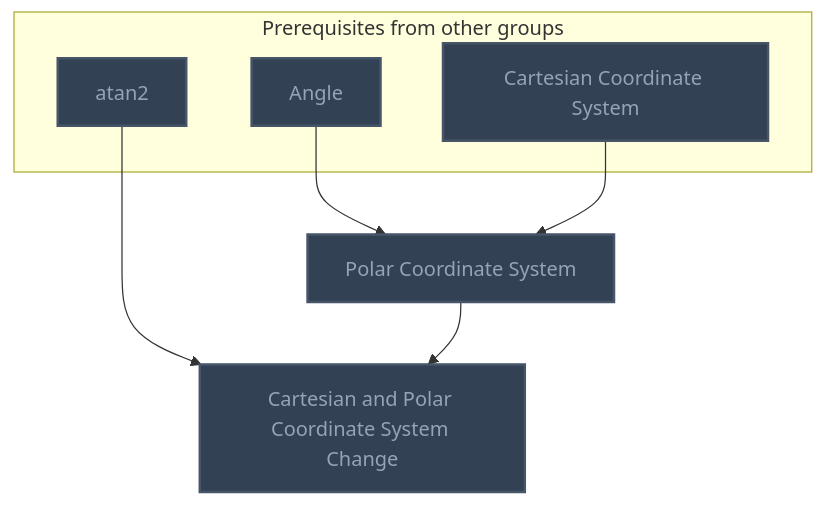
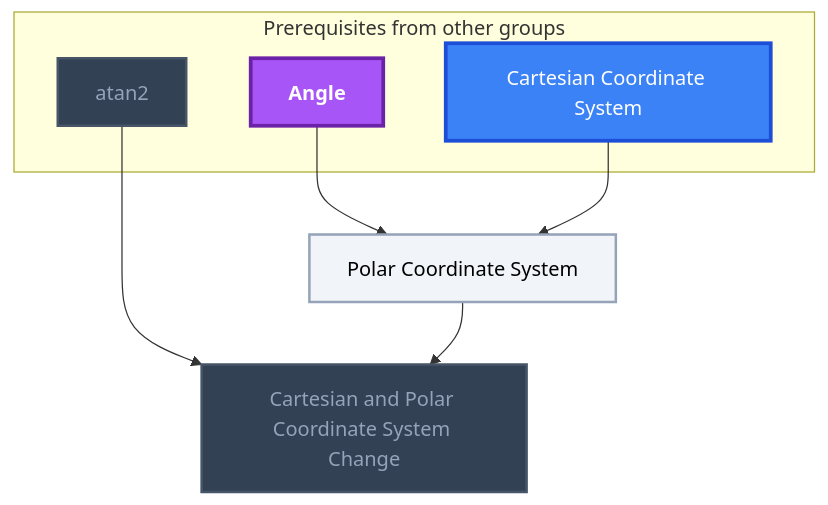
One commit to MRauf1/My-Notes changed the seventh of 12 diagrams in Gamification/Skill Trees/Calculus.md. Above: the diagram before and after it, drawn with Mermaid. The commit also changed other lines of this file and 156 other files, not shown here.

````diff
--- a/Gamification/Skill Trees/Calculus.md
+++ b/Gamification/Skill Trees/Calculus.md
@@ -608,25 +624,28 @@
 ```mermaid
 flowchart TD
     classDef planned fill:#1E293B,stroke:#64748B,stroke-width:2px,stroke-dasharray:5 5,color:#94A3B8;
     classDef locked fill:#334155,stroke:#475569,stroke-width:2px,color:#94A3B8;
     classDef L0 fill:#F1F5F9,stroke:#94A3B8,stroke-width:2px,color:#000000;
     classDef L1 fill:#22C55E,stroke:#15803D,stroke-width:2px,color:#000000;
     classDef L2 fill:#3B82F6,stroke:#1D4ED8,stroke-width:3px,color:#FFFFFF;
     classDef L3 fill:#A855F7,stroke:#6B21A8,stroke-width:3px,color:#FFFFFF,font-weight:bold;
     classDef L4 fill:#F97316,stroke:#C2410C,stroke-width:4px,color:#000000,font-weight:bold;
     classDef L5 fill:#FFD700,stroke:#FF8C00,stroke-width:5px,color:#000000,font-weight:bold;
     classDef rusty stroke:#8B4513,stroke-width:4px,stroke-dasharray:3 3;
     subgraph sg_prereqs["Prerequisites from other groups"]
         n_angle["Angle"]
         n_cartesian_coordinate_system["Cartesian Coordinate System"]
         n_atan2["atan2"]
     end
     n_polar_coordinate_system["Polar Coordinate System"]
     n_cartesian_and_polar_coordinate_system_change["Cartesian and Polar Coordinate System Change"]
     n_angle --> n_polar_coordinate_system
     n_cartesian_coordinate_system --> n_polar_coordinate_system
     n_atan2 --> n_cartesian_and_polar_coordinate_system_change
     n_polar_coordinate_system --> n_cartesian_and_polar_coordinate_system_change
-    class n_angle,n_cartesian_coordinate_system,n_atan2,n_polar_coordinate_system,n_cartesian_and_polar_coordinate_system_change locked;
+    class n_atan2,n_cartesian_and_polar_coordinate_system_change locked;
+    class n_polar_coordinate_system L0;
+    class n_cartesian_coordinate_system L2;
+    class n_angle L3;
     class n_angle,n_cartesian_coordinate_system,n_atan2,n_polar_coordinate_system,n_cartesian_and_polar_coordinate_system_change internal-link;
 ```
````
